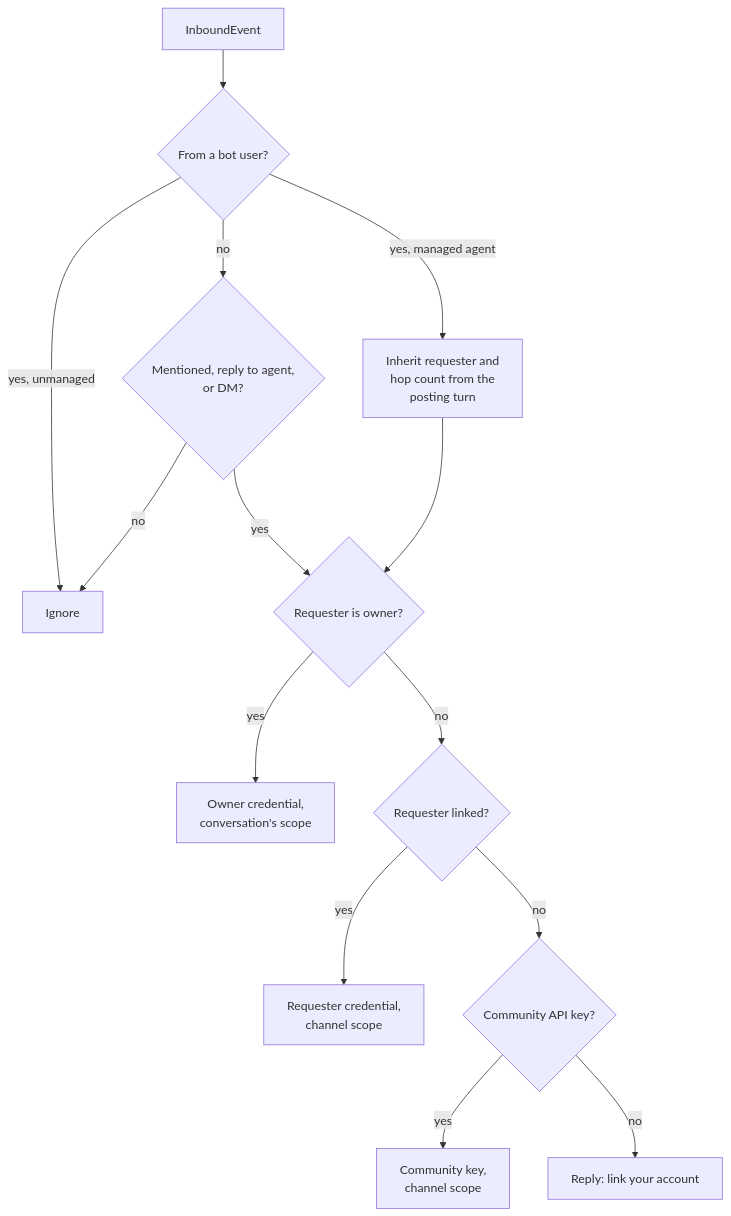
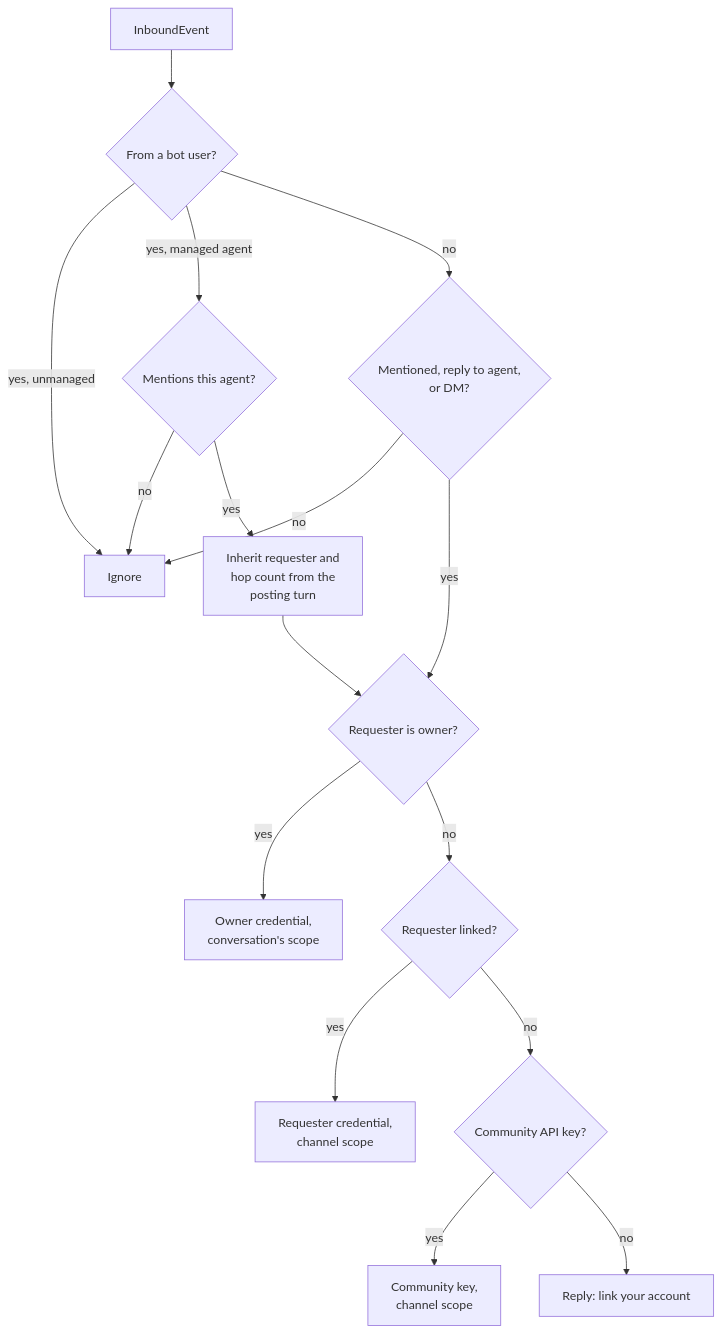
The fourth of 7 diagrams in docs/design.md (agentsky/agent-core), drawn with Mermaid before and after one commit. The commit also changed other lines of this file, not shown here.

First line of the commit message:
Make private tasks asynchronous and tighten agent-to-agent gating

````diff
--- a/docs/design.md
+++ b/docs/design.md
@@ -299,16 +313,18 @@
 ```mermaid
 flowchart TD
     E["InboundEvent"] --> B{"From a bot user?"}
     B -->|"yes, unmanaged"| X["Ignore"]
-    B -->|"yes, managed agent"| H["Inherit requester and<br/>hop count from the<br/>posting turn"]
+    B -->|"yes, managed agent"| M{"Mentions this agent?"}
+    M -- no --> X
+    M -- yes --> H["Inherit requester and<br/>hop count from the<br/>posting turn"]
     B -- no --> G{"Mentioned, reply to agent,<br/>or DM?"}
     G -- no --> X
     G -- yes --> O{"Requester is owner?"}
     H --> O
     O -- yes --> OC["Owner credential,<br/>conversation's scope"]
     O -- no --> L{"Requester linked?"}
     L -- yes --> RQ["Requester credential,<br/>channel scope"]
     L -- no --> K{"Community API key?"}
     K -- yes --> CK["Community key,<br/>channel scope"]
     K -- no --> LK["Reply: link your account"]
 ```
````
